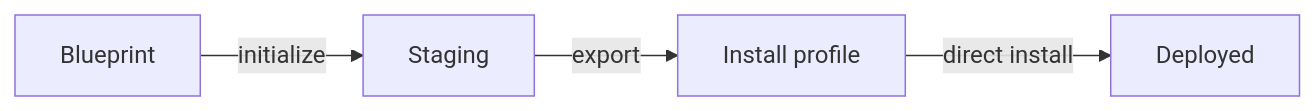
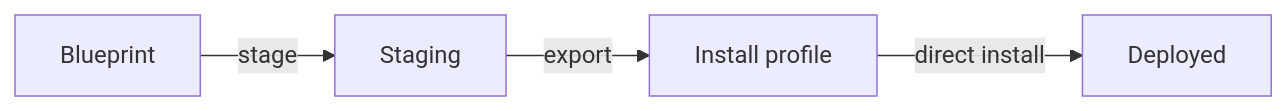
The diagram in docs/FUTURE_DIRECTIONS.md (omry/reploy), drawn with Mermaid before and after one commit. The commit also changed other lines of this file and 16 other files, not shown here.

````diff
--- a/docs/FUTURE_DIRECTIONS.md
+++ b/docs/FUTURE_DIRECTIONS.md
@@ -142,11 +142,11 @@
 ```mermaid
 flowchart LR
   B[Blueprint]
   S[Staging]
   P[Install profile]
   D[Deployed]
 
-  B -->|initialize| S
+  B -->|stage| S
   S -->|export| P
   P -->|direct install| D
 ```
````
